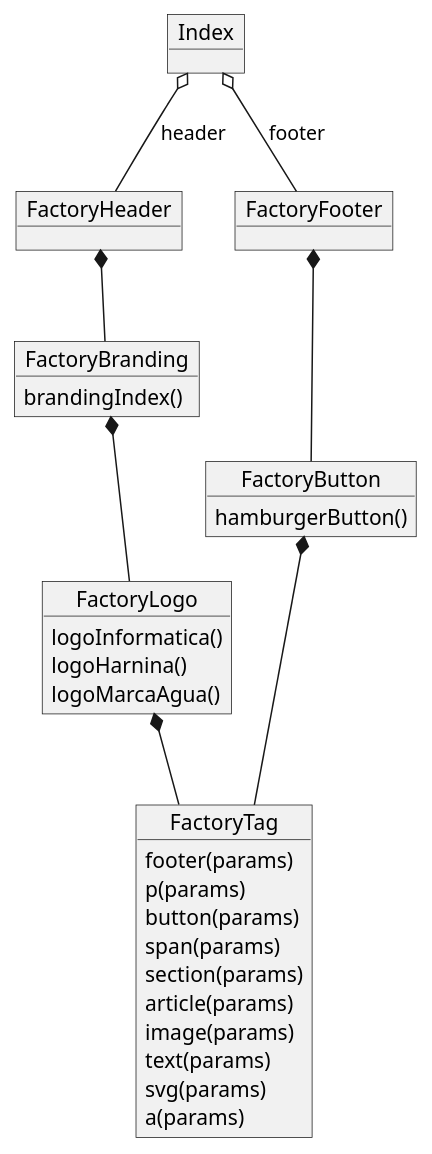
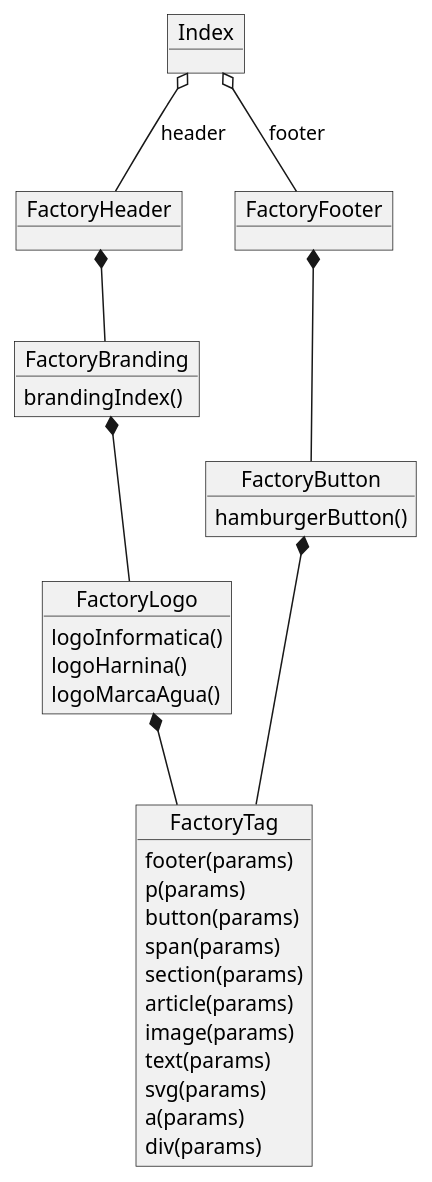
The diagram in store 2020a 14 septiembre/backend/plantUML/global.puml (felixJarteaga/storeApp2020), drawn with PlantUML before and after one commit.

Commit message:
Adddiv
Cambio en UML añadiendo div

```diff
--- a/store 2020a 14 septiembre/backend/plantUML/global.puml
+++ b/store 2020a 14 septiembre/backend/plantUML/global.puml
@@ -1,54 +1,55 @@
 @startuml
 object FactoryTag{
 footer(params)
 p(params)
 button(params)
 span(params)
 section(params)
 article(params)
 image(params)
 text(params)
 svg(params)
 a(params)
+div(params)
 }
 
 object FactoryLogo{
 logoInformatica()
 logoHarnina()
 logoMarcaAgua()
 }
 
 object FactoryBranding{
 brandingIndex()
 
 }
 
 object FactoryHeader{
 
 }
 
 object FactoryButton{
 hamburgerButton()
 }
 
 object FactoryFooter{
 
 }
 
 object Index{
 }
 
 
 FactoryFooter *-- FactoryButton
 
 FactoryHeader *-- FactoryBranding
 FactoryBranding*-- FactoryLogo
 
 FactoryButton *-- FactoryTag
 FactoryLogo *-- FactoryTag
 
 
 
 Index o-- FactoryFooter : footer
 Index o-- FactoryHeader : header
 @enduml
```
